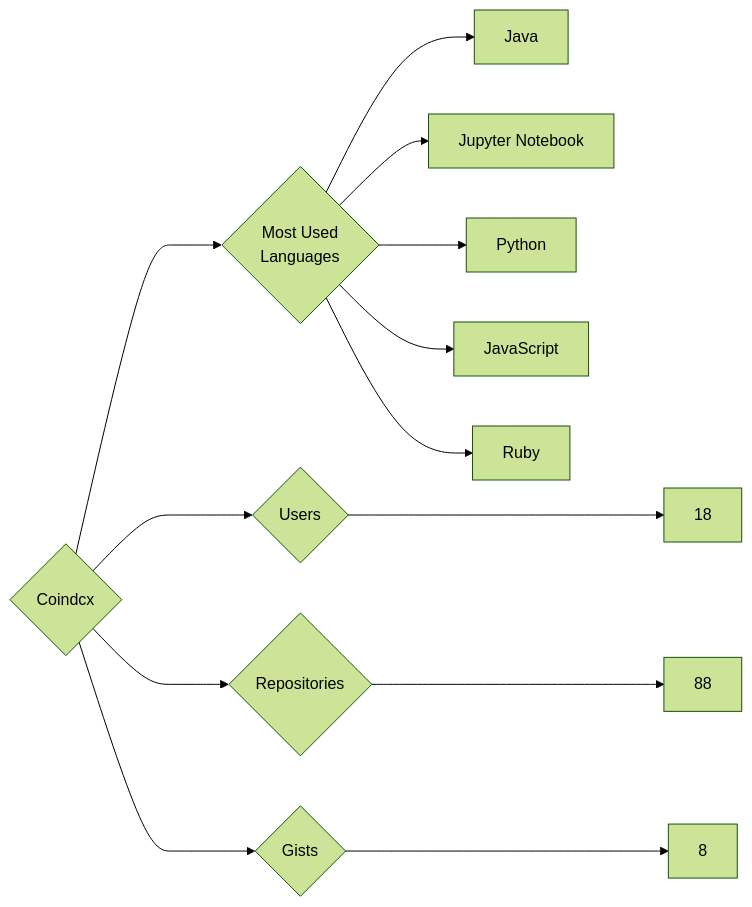
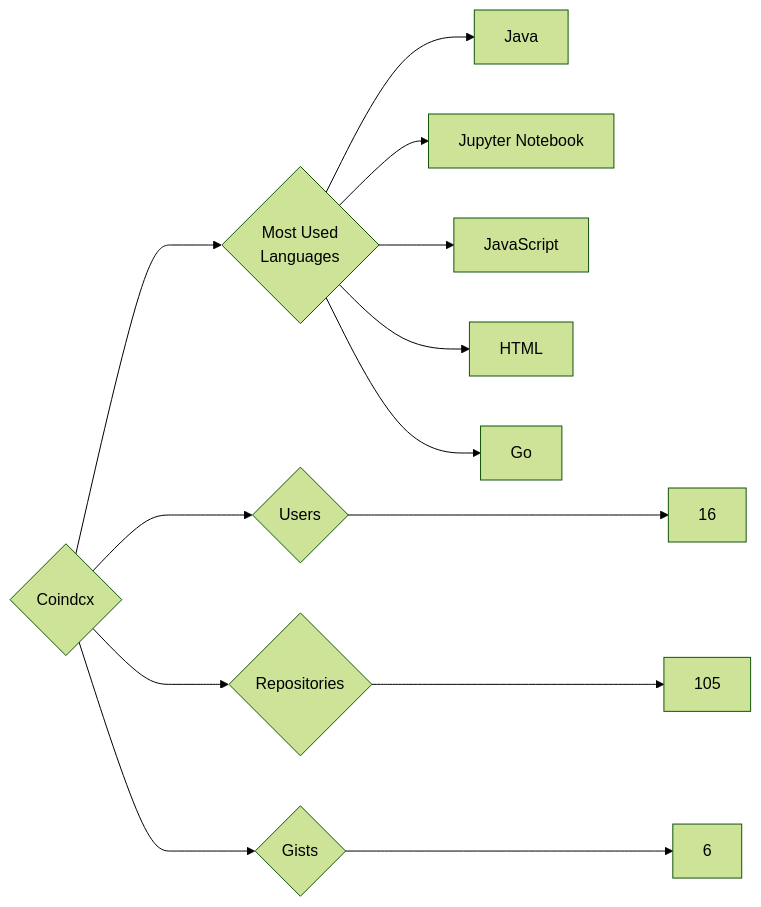
The diagram in targets/Coindcx/README.md (trickest/insiders), drawn with Mermaid (forest theme) before and after one commit. The commit also changed 882 other files, not shown here.

````diff
--- a/targets/Coindcx/README.md
+++ b/targets/Coindcx/README.md
@@ -3,13 +3,13 @@
 ```mermaid
 graph LR
 COMPANY_NAME{Coindcx}
-COMPANY_NAME ---> U{Users} ---> UN[18]
-COMPANY_NAME ---> R{Repositories} ---> RN[88]
-COMPANY_NAME ---> G{Gists} ---> GN[8]
+COMPANY_NAME ---> U{Users} ---> UN[16]
+COMPANY_NAME ---> R{Repositories} ---> RN[105]
+COMPANY_NAME ---> G{Gists} ---> GN[6]
 COMPANY_NAME ---> ML{Most Used<br>Languages}
 ML --> Java[Java]
 ML --> Jupyter_Notebook[Jupyter Notebook]
-ML --> Python[Python]
 ML --> JavaScript[JavaScript]
-ML --> Ruby[Ruby]
+ML --> HTML[HTML]
+ML --> Go[Go]
 ```
````
